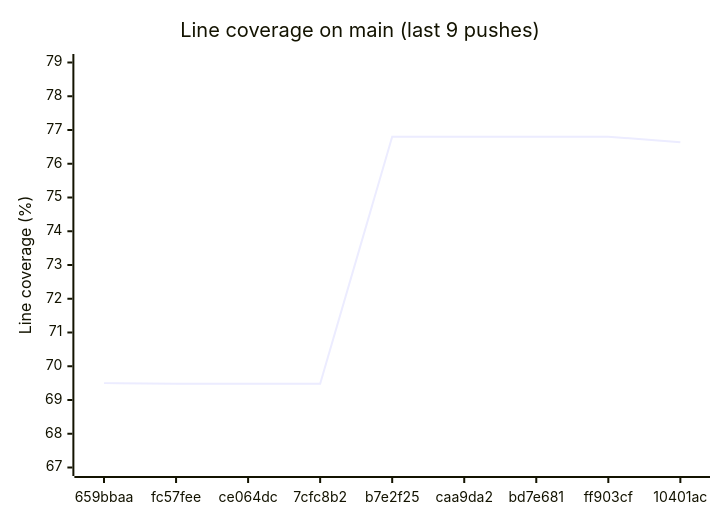
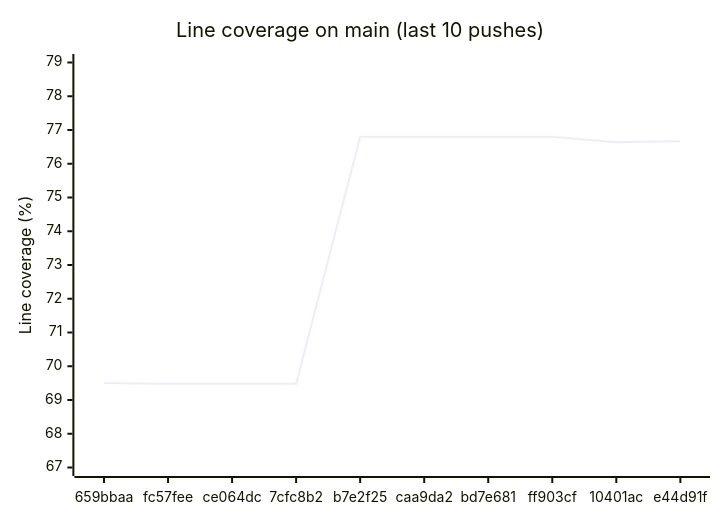
The diagram in README.md (enaweg/godot-epluginframework), drawn with Mermaid before and after one commit. The commit also changed other lines of this file and 3 other files, not shown here.

````diff
--- a/README.md
+++ b/README.md
@@ -9,7 +9,7 @@
 ```mermaid
 xychart-beta
-    title "Line coverage on main (last 9 pushes)"
-    x-axis ["659bbaa", "fc57fee", "ce064dc", "7cfc8b2", "b7e2f25", "caa9da2", "bd7e681", "ff903cf", "10401ac"]
+    title "Line coverage on main (last 10 pushes)"
+    x-axis ["659bbaa", "fc57fee", "ce064dc", "7cfc8b2", "b7e2f25", "caa9da2", "bd7e681", "ff903cf", "10401ac", "e44d91f"]
     y-axis "Line coverage (%)" 67 --> 79
-    line [69.50, 69.48, 69.48, 69.48, 76.80, 76.80, 76.80, 76.80, 76.64]
+    line [69.50, 69.48, 69.48, 69.48, 76.80, 76.80, 76.80, 76.80, 76.64, 76.67]
 ```
````
